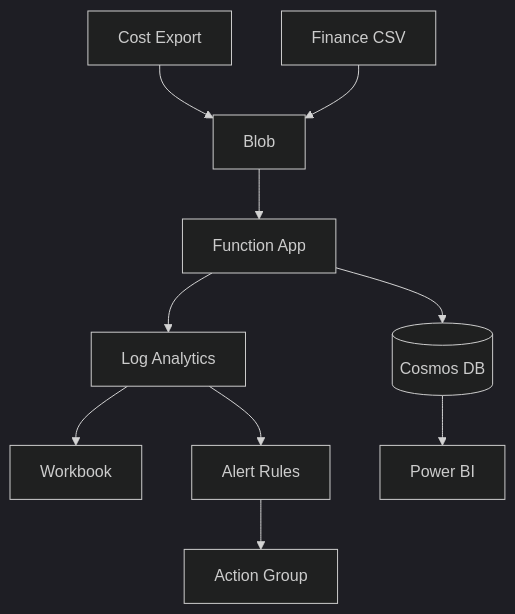
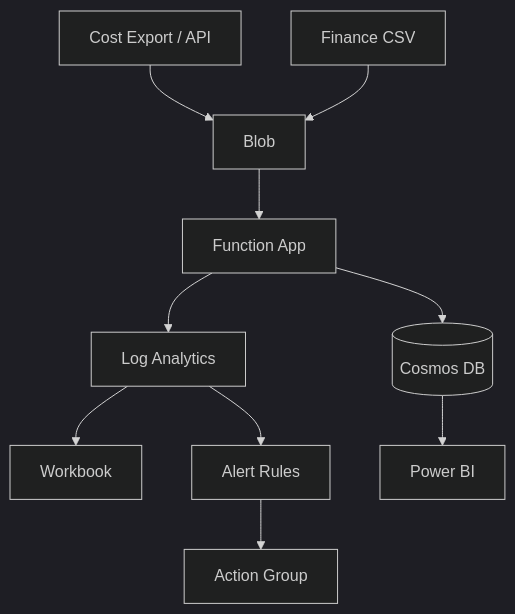
Before and after one commit to gitpavleenbali/azure-amortized-cost-management: the first of 13 diagrams in docs/technical-guide.md, drawn with Mermaid. The commit also changed other lines of this file, not shown here.

````diff
--- a/docs/technical-guide.md
+++ b/docs/technical-guide.md
@@ -44,13 +44,13 @@
 ```mermaid
 %%{init: {"theme": "dark"}}%%
 flowchart TB
-    ACM["Cost Export"] --> BLOB["Blob"]
+    ACM["Cost Export / API"] --> BLOB["Blob"]
     FIN["Finance CSV"] --> BLOB
     BLOB --> FUNC["Function App"]
     FUNC --> COSMOS[("Cosmos DB")]
     FUNC --> LAW["Log Analytics"]
     LAW --> WB["Workbook"]
     LAW --> ALERT["Alert Rules"]
     ALERT --> AG["Action Group"]
     COSMOS --> PBI["Power BI"]
 ```
````
